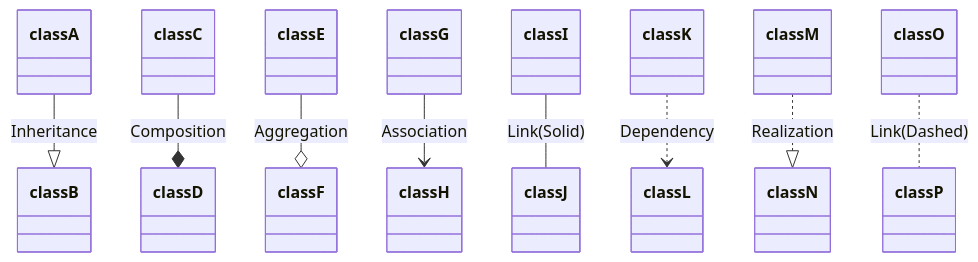
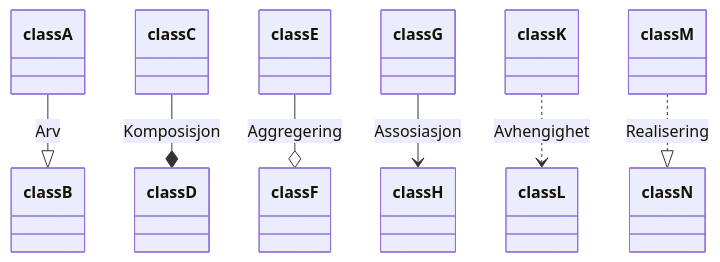
The seventh of 7 diagrams in src/content/docs/apputvikling/2-oom.mdx (thorcc/it2-bok), drawn with Mermaid before and after one commit. The commit also changed other lines of this file, not shown here.

````diff
--- a/src/content/docs/apputvikling/2-oom.mdx
+++ b/src/content/docs/apputvikling/2-oom.mdx
@@ -169,11 +454,9 @@
 ```mermaid
 classDiagram
-classA --|> classB : Inheritance
-classC --* classD : Composition
-classE --o classF : Aggregation
-classG --> classH : Association
-classI -- classJ : Link(Solid)
-classK ..> classL : Dependency
-classM ..|> classN : Realization
-classO .. classP : Link(Dashed)
+classA --|> classB : Arv
+classC --* classD : Komposisjon
+classE --o classF : Aggregering
+classG --> classH : Assosiasjon
+classK ..> classL : Avhengighet
+classM ..|> classN : Realisering
 ```
````
